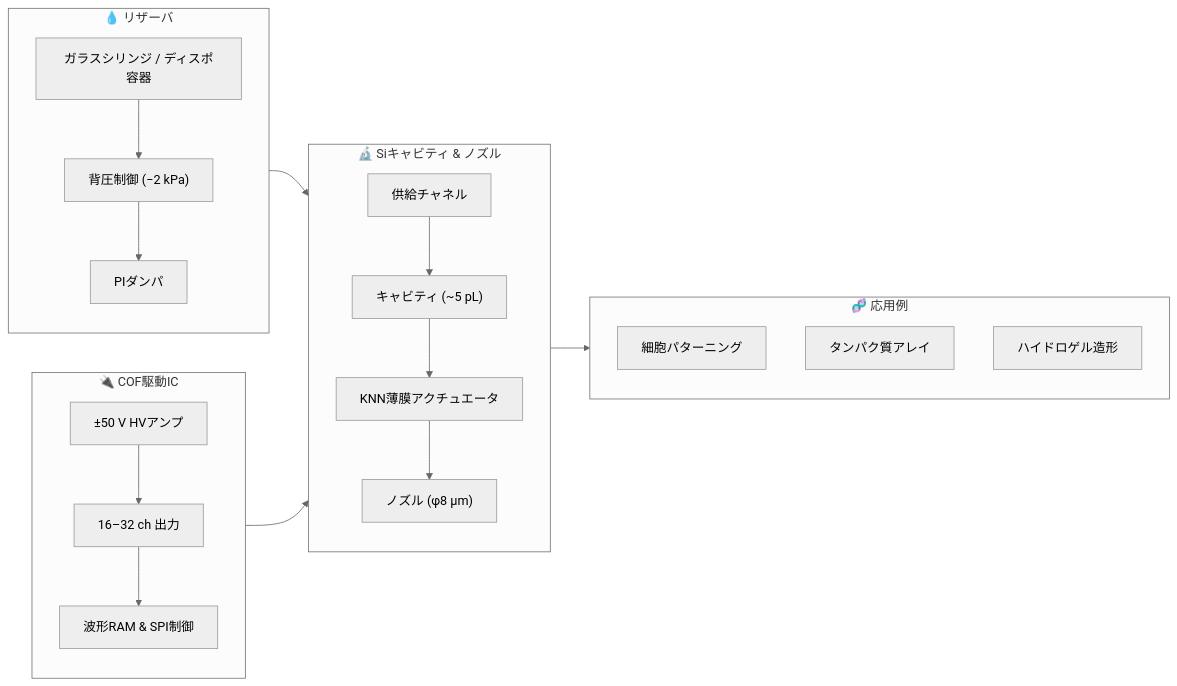
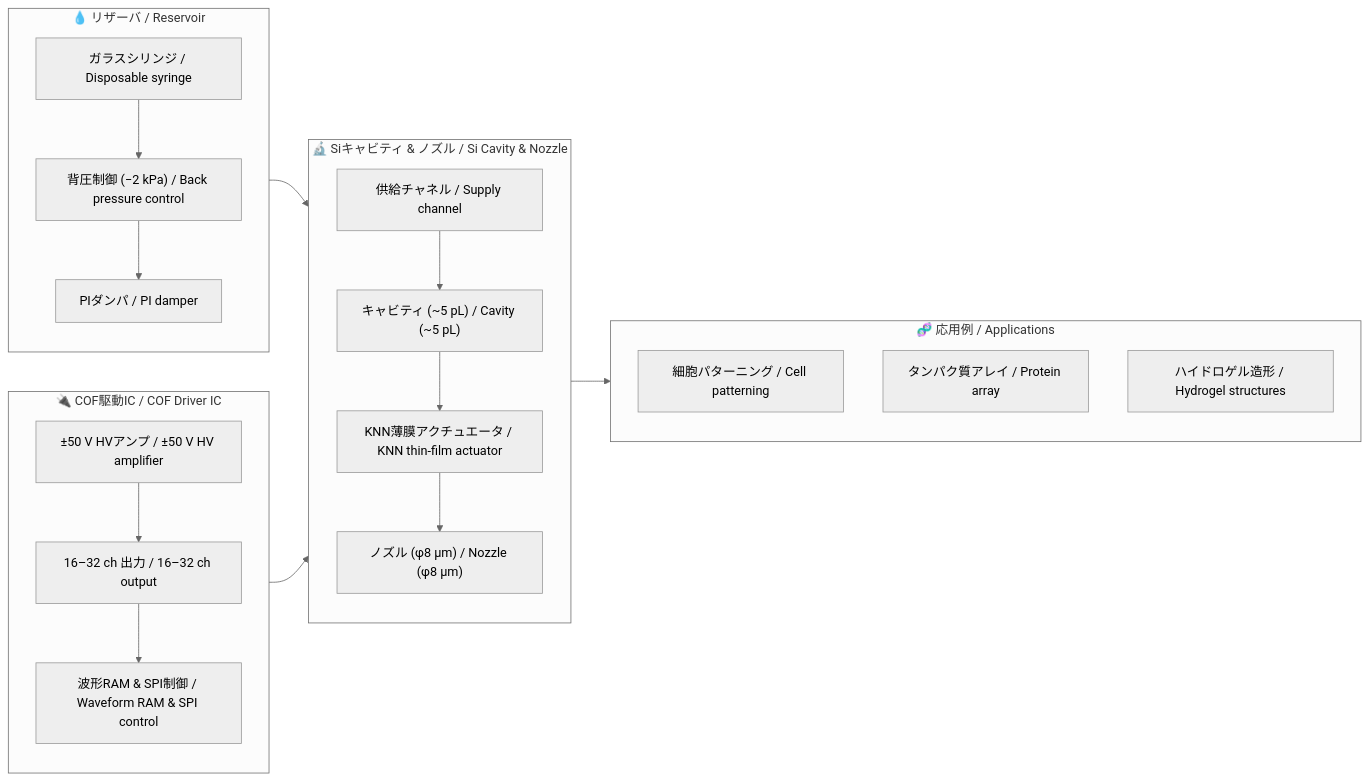
The diagram in 3d_printing/bio_inkjet/README.md (Samizo-AITL/Inkjet), drawn with Mermaid (neutral theme) before and after one commit. The commit also changed other lines of this file, not shown here.

````diff
--- a/3d_printing/bio_inkjet/README.md
+++ b/3d_printing/bio_inkjet/README.md
@@ -44,34 +56,34 @@
 ```mermaid
 flowchart LR
-    subgraph Reservoir["💧 リザーバ"]
-        A1["ガラスシリンジ / ディスポ容器"]
-        A2["背圧制御 (−2 kPa)"]
-        A3["PIダンパ"]
+    subgraph Reservoir["💧 リザーバ / Reservoir"]
+        A1["ガラスシリンジ / Disposable syringe"]
+        A2["背圧制御 (−2 kPa) / Back pressure control"]
+        A3["PIダンパ / PI damper"]
         A1 --> A2 --> A3
     end
 
-    subgraph SiHead["🔬 Siキャビティ & ノズル"]
-        B1["供給チャネル"]
-        B2["キャビティ (~5 pL)"]
-        B3["KNN薄膜アクチュエータ"]
-        B4["ノズル (φ8 µm)"]
+    subgraph SiHead["🔬 Siキャビティ & ノズル / Si Cavity & Nozzle"]
+        B1["供給チャネル / Supply channel"]
+        B2["キャビティ (~5 pL) / Cavity (~5 pL)"]
+        B3["KNN薄膜アクチュエータ / KNN thin-film actuator"]
+        B4["ノズル (φ8 µm) / Nozzle (φ8 µm)"]
         B1 --> B2 --> B3 --> B4
     end
 
-    subgraph Driver["🔌 COF駆動IC"]
-        C1["±50 V HVアンプ"]
-        C2["16–32 ch 出力"]
-        C3["波形RAM & SPI制御"]
+    subgraph Driver["🔌 COF駆動IC / COF Driver IC"]
+        C1["±50 V HVアンプ / ±50 V HV amplifier"]
+        C2["16–32 ch 出力 / 16–32 ch output"]
+        C3["波形RAM & SPI制御 / Waveform RAM & SPI control"]
         C1 --> C2 --> C3
     end
 
-    subgraph Application["🧬 応用例"]
-        D1["細胞パターニング"]
-        D2["タンパク質アレイ"]
-        D3["ハイドロゲル造形"]
+    subgraph Application["🧬 応用例 / Applications"]
+        D1["細胞パターニング / Cell patterning"]
+        D2["タンパク質アレイ / Protein array"]
+        D3["ハイドロゲル造形 / Hydrogel structures"]
     end
 
     Reservoir --> SiHead
     Driver --> SiHead
     SiHead --> Application
 ```
````
